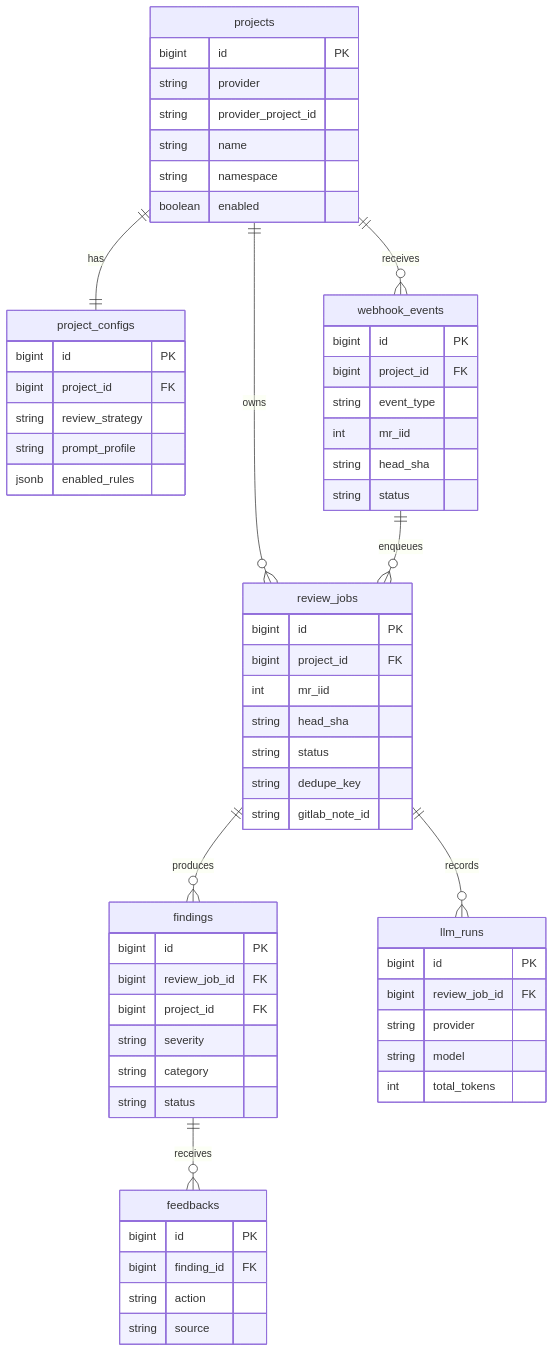
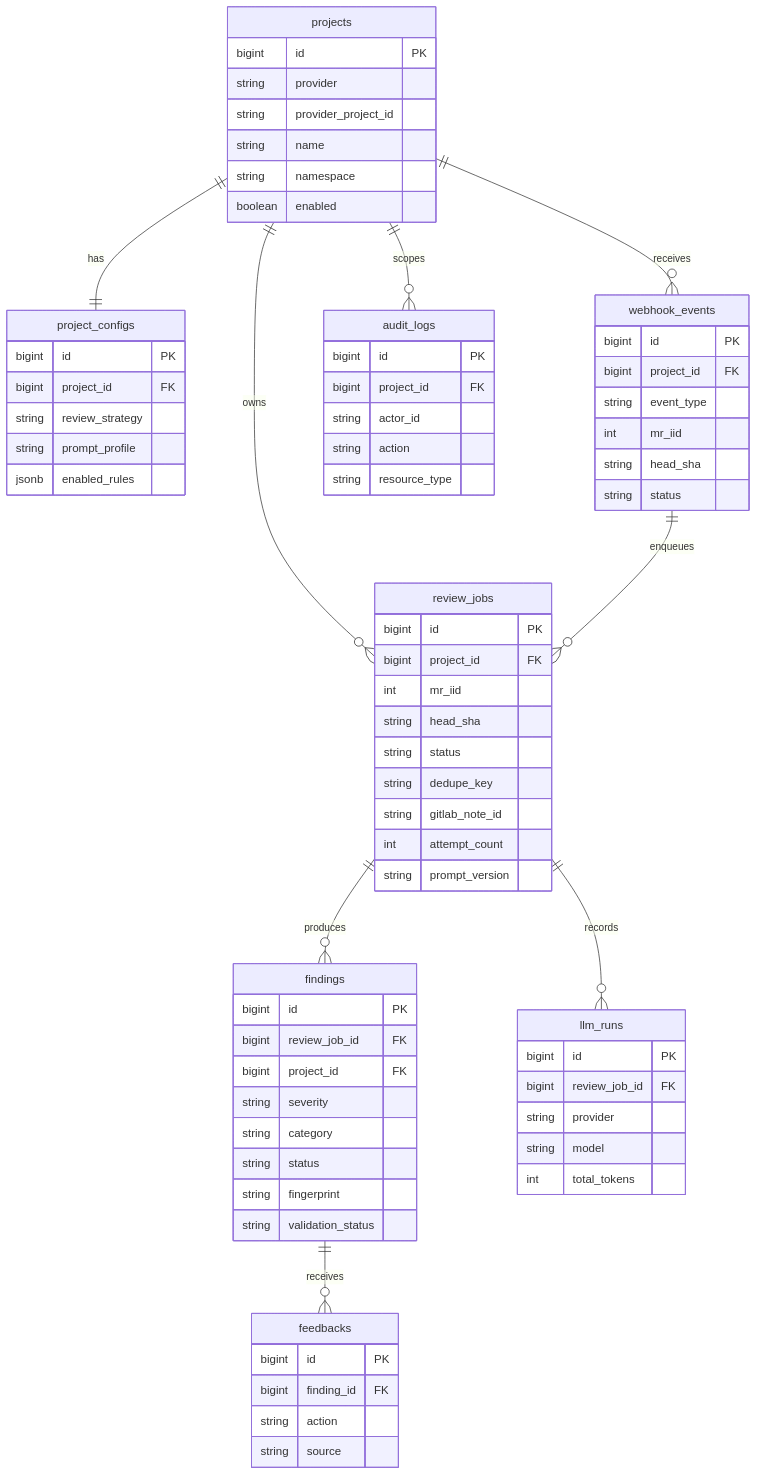
The diagram in mr-review-platform-design/DATABASE_API.md (hzc19970630/ai-code-review), drawn with Mermaid before and after one commit. The commit also changed other lines of this file and 50 other files, not shown here.

````diff
--- a/mr-review-platform-design/DATABASE_API.md
+++ b/mr-review-platform-design/DATABASE_API.md
@@ -316,6 +392,7 @@
     review_jobs ||--o{ findings : "produces"
     findings ||--o{ feedbacks : "receives"
     review_jobs ||--o{ llm_runs : "records"
+    projects ||--o{ audit_logs : "scopes"
 
     projects {
         bigint id PK
@@ -351,6 +428,8 @@
         string status
         string dedupe_key
         string gitlab_note_id
+        int attempt_count
+        string prompt_version
     }
 
     findings {
@@ -360,6 +439,8 @@
         string severity
         string category
         string status
+        string fingerprint
+        string validation_status
     }
 
     feedbacks {
@@ -376,4 +457,12 @@
         string model
         int total_tokens
     }
+
+    audit_logs {
+        bigint id PK
+        bigint project_id FK
+        string actor_id
+        string action
+        string resource_type
+    }
 ```
````
